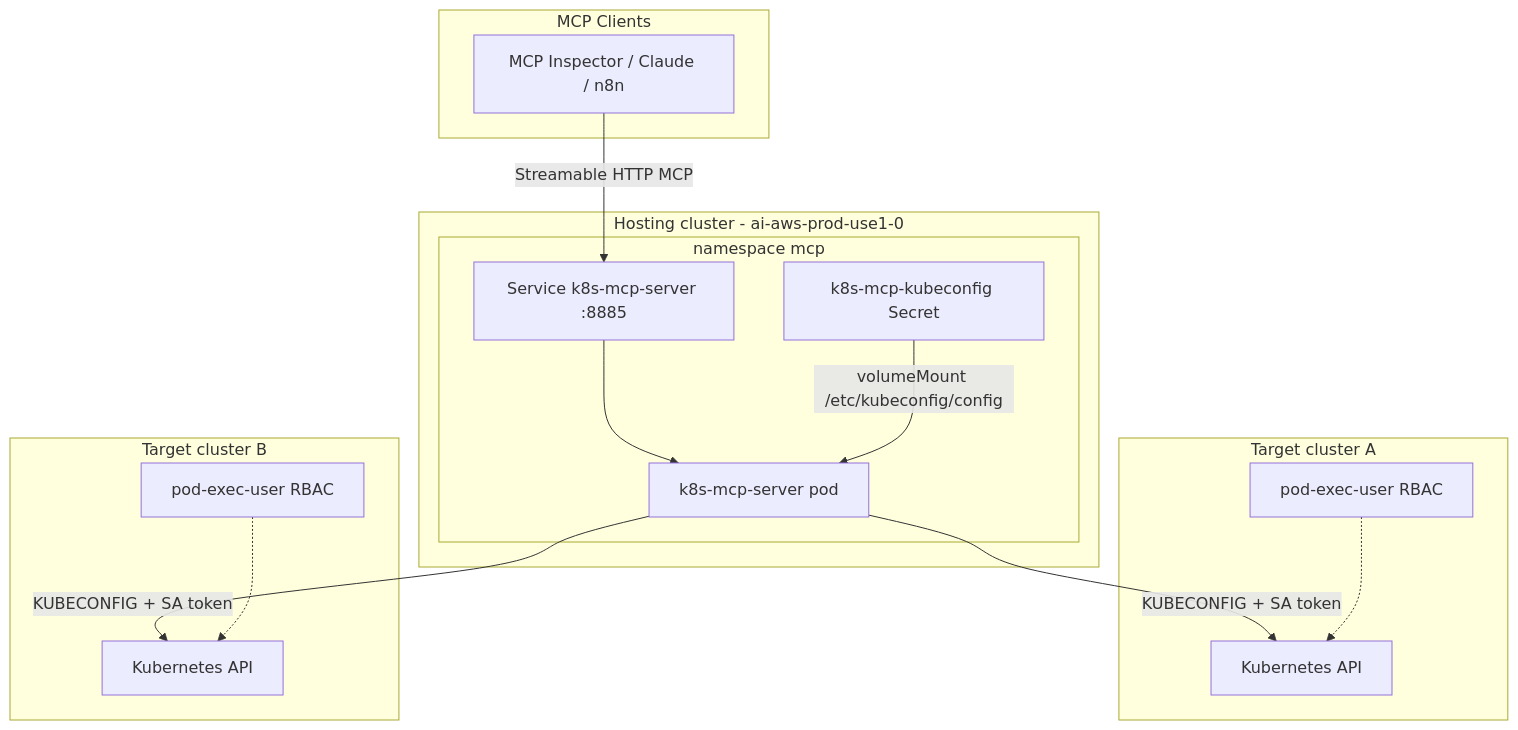
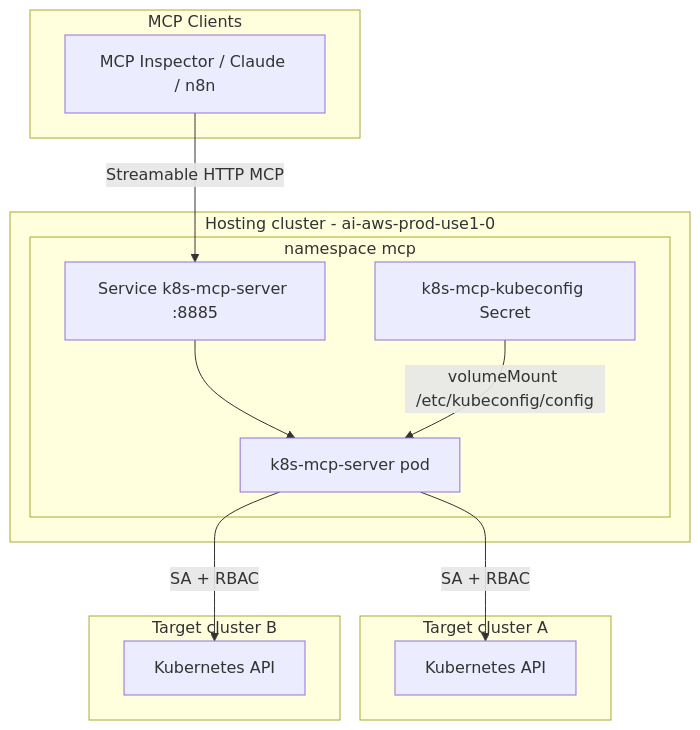
The first of 3 diagrams in Readme.md (alexandrudejanu/k8s-mcp-server), drawn with Mermaid before and after one commit. The commit also changed other lines of this file, not shown here.

````diff
--- a/Readme.md
+++ b/Readme.md
@@ -21,32 +21,28 @@
 ```mermaid
 flowchart TB
     subgraph clients [MCP Clients]
         Inspector[MCP Inspector / Claude / n8n]
     end
 
     subgraph hosting [Hosting cluster - ai-aws-prod-use1-0]
         subgraph mcp_ns [namespace mcp]
             SVC[Service k8s-mcp-server :8885]
             Pod[k8s-mcp-server pod]
             Secret[k8s-mcp-kubeconfig Secret]
         end
     end
 
     subgraph target_a [Target cluster A]
         API_A[Kubernetes API]
-        RBAC_A[pod-exec-user RBAC]
     end
 
     subgraph target_b [Target cluster B]
         API_B[Kubernetes API]
-        RBAC_B[pod-exec-user RBAC]
     end
 
     Inspector -->|Streamable HTTP MCP| SVC
     SVC --> Pod
     Secret -->|volumeMount /etc/kubeconfig/config| Pod
-    Pod -->|KUBECONFIG + SA token| API_A
-    Pod -->|KUBECONFIG + SA token| API_B
-    RBAC_A -.-> API_A
-    RBAC_B -.-> API_B
+    Pod -->|SA + RBAC| API_A
+    Pod -->|SA + RBAC| API_B
 ```
````
